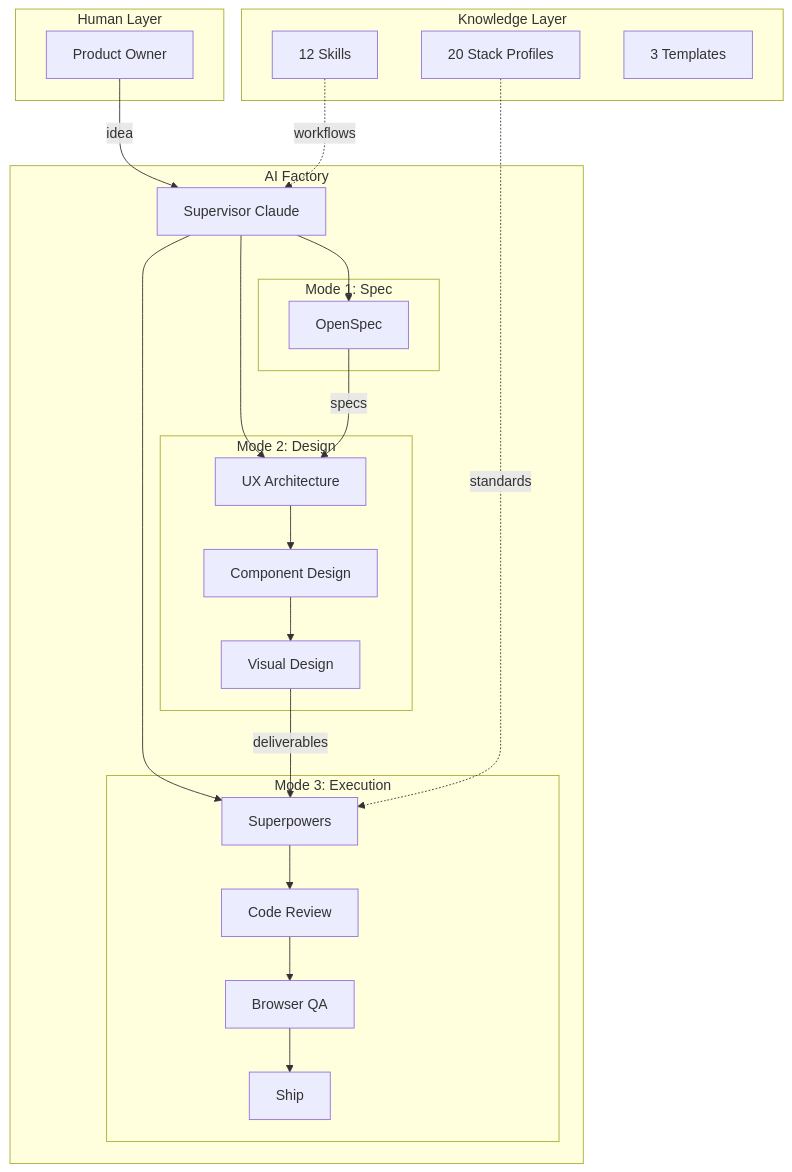
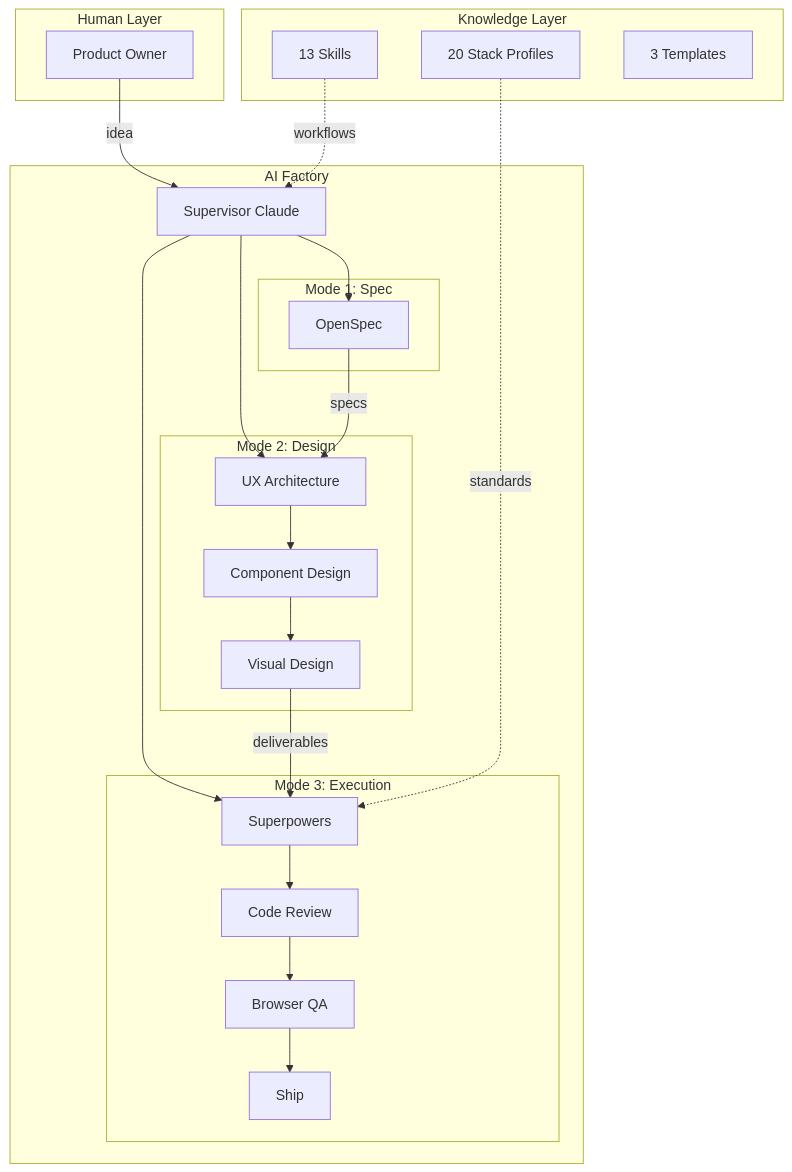
Before and after one commit to gregario/AI-Factory: the third of 3 diagrams in README.md, drawn with Mermaid. The commit also changed other lines of this file, not shown here.

````diff
--- a/README.md
+++ b/README.md
@@ -103,46 +103,46 @@
 ```mermaid
 graph TB
     subgraph "Human Layer"
         PO["Product Owner"]
     end
 
     subgraph "AI Factory"
         SUP["Supervisor Claude"]
 
         subgraph "Mode 1: Spec"
             OS["OpenSpec"]
         end
 
         subgraph "Mode 2: Design"
             UX["UX Architecture"]
             CD["Component Design"]
             VD["Visual Design"]
         end
 
         subgraph "Mode 3: Execution"
             SP["Superpowers"]
             CR["Code Review"]
             QA["Browser QA"]
             SH["Ship"]
         end
     end
 
     subgraph "Knowledge Layer"
         ST["20 Stack Profiles"]
-        SK["12 Skills"]
+        SK["13 Skills"]
         TM["3 Templates"]
     end
 
     PO -->|"idea"| SUP
     SUP --> OS
     SUP --> UX
     SUP --> SP
 
     OS -->|"specs"| UX
     UX --> CD --> VD
     VD -->|"deliverables"| SP
     SP --> CR --> QA --> SH
 
     ST -.->|"standards"| SP
     SK -.->|"workflows"| SUP
 ```
````
